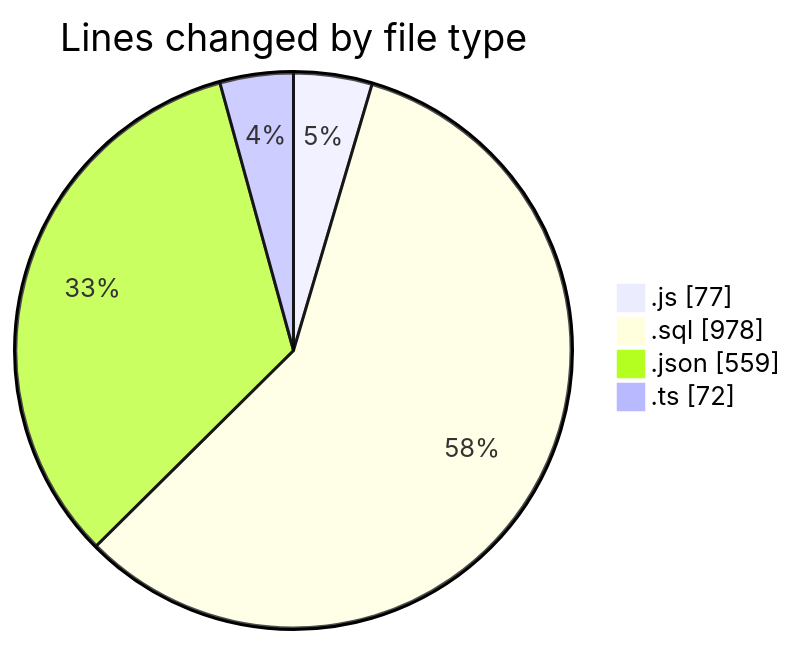
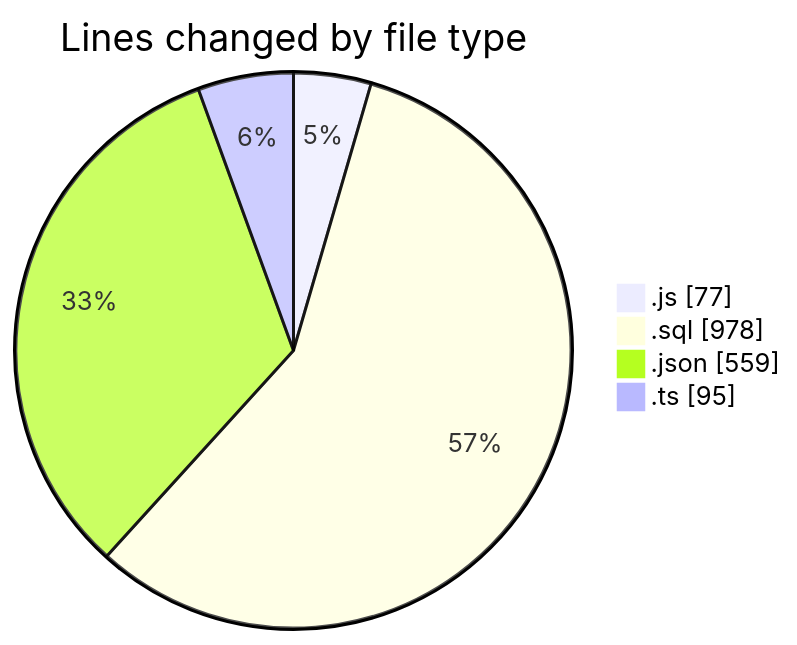
The first of 2 diagrams in 2026-05-20/cda/README.md (momahboobian/code-tracking), drawn with Mermaid before and after one commit. The commit also changed other lines of this file and 1 other file, not shown here.

````diff
--- a/2026-05-20/cda/README.md
+++ b/2026-05-20/cda/README.md
@@ -28,8 +28,8 @@
 ```mermaid
 pie showData
 title Lines changed by file type
 ".js" : 77
 ".sql" : 978
 ".json" : 559
-".ts" : 72
+".ts" : 95
 ```
````
